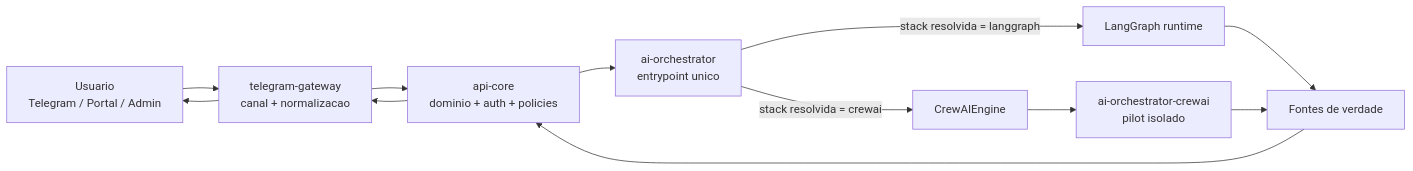
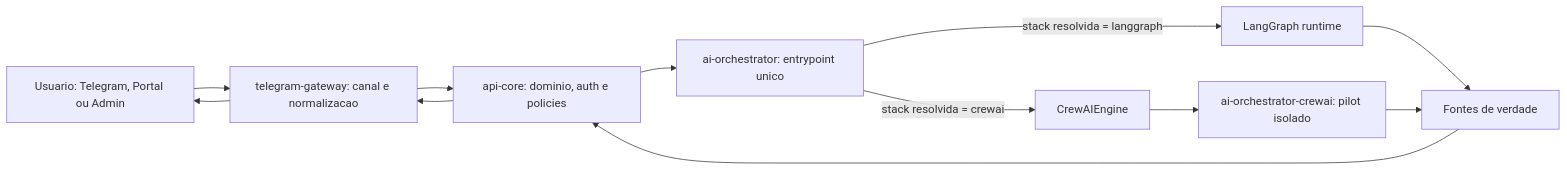
Before and after one commit to EliseuODaniel/eduassist-platform: the first of 15 diagrams in docs/architecture/dual-stack-runtime-visual-guide.md, drawn with Mermaid. The commit also changed other lines of this file, not shown here.

Commit message:
Simplify Mermaid syntax in dual stack visual guide

````diff
--- a/docs/architecture/dual-stack-runtime-visual-guide.md
+++ b/docs/architecture/dual-stack-runtime-visual-guide.md
@@ -14,18 +14,18 @@
 ```mermaid
-flowchart LR
-    User["Usuario<br/>Telegram / Portal / Admin"] --> Gateway["telegram-gateway<br/>canal + normalizacao"]
-    Gateway --> API["api-core<br/>dominio + auth + policies"]
-    API --> Orch["ai-orchestrator<br/>entrypoint unico"]
+graph LR
+    User["Usuario: Telegram, Portal ou Admin"] --> Gateway["telegram-gateway: canal e normalizacao"]
+    Gateway --> API["api-core: dominio, auth e policies"]
+    API --> Orch["ai-orchestrator: entrypoint unico"]
 
     Orch -->|stack resolvida = langgraph| LG["LangGraph runtime"]
     Orch -->|stack resolvida = crewai| CE["CrewAIEngine"]
 
-    CE --> Pilot["ai-orchestrator-crewai<br/>pilot isolado"]
+    CE --> Pilot["ai-orchestrator-crewai: pilot isolado"]
 
     LG --> Truth["Fontes de verdade"]
     Pilot --> Truth
 
     Truth --> API
     API --> Gateway
     Gateway --> User
 ```
````
